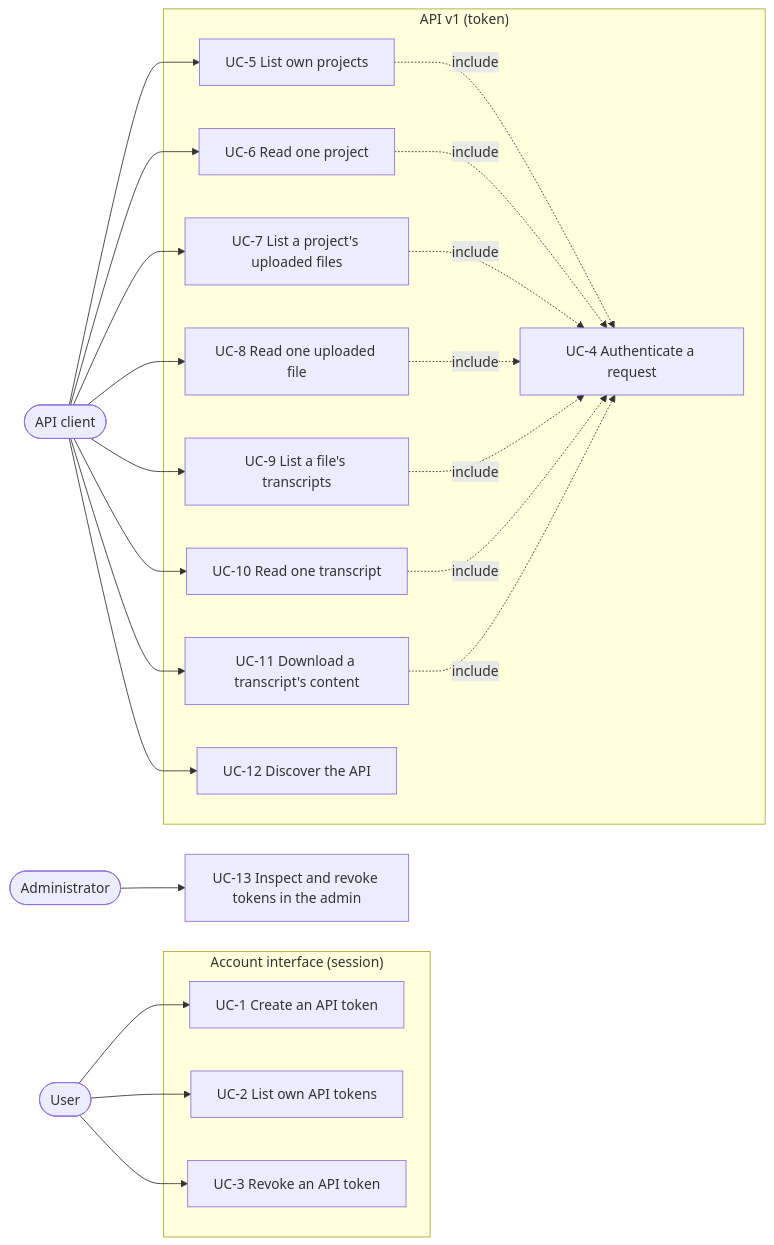
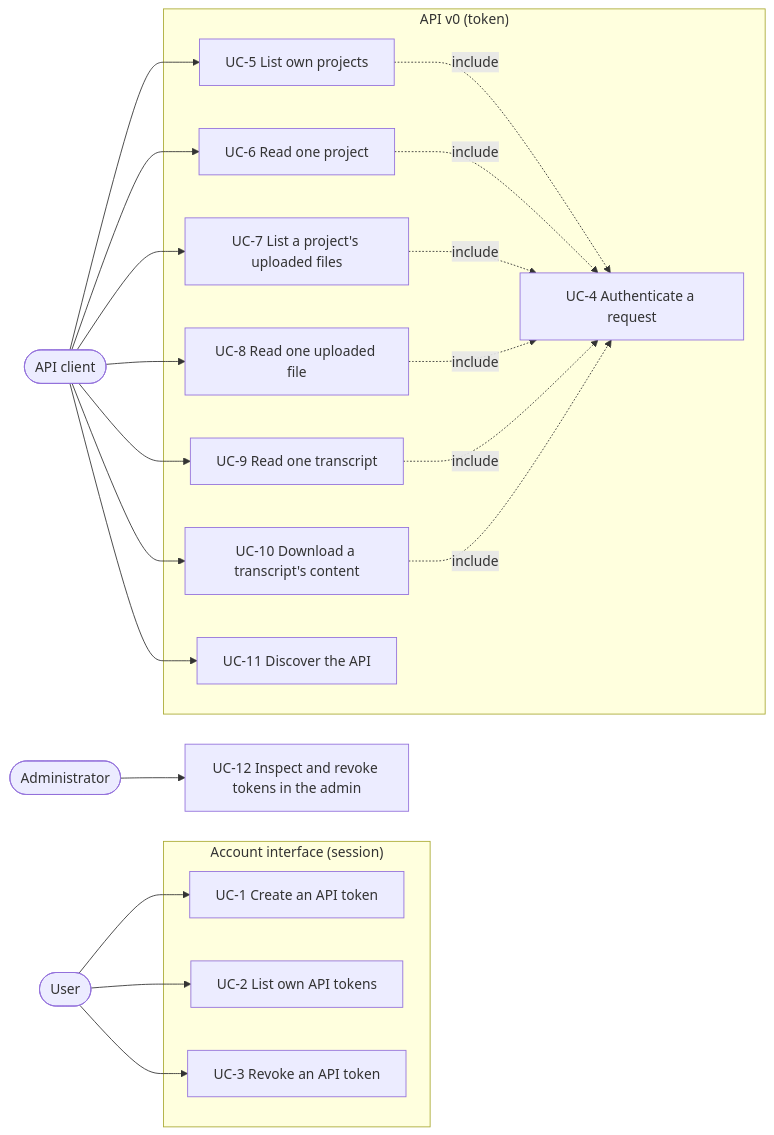
One commit to asr4memory/mmt-py changed the first of 2 diagrams in specs/2026-07-30-read-only-api.md. Above: the diagram before and after it, drawn with Mermaid. The commit also changed other lines of this file and 1 other file, not shown here.

Commit message:
Revise the read-only API spec: v0 beta, embedded transcripts

````diff
--- a/specs/2026-07-30-read-only-api.md
+++ b/specs/2026-07-30-read-only-api.md
@@ -94,48 +91,45 @@
 ```mermaid
 flowchart LR
   user([User])
   client([API client])
   admin([Administrator])
 
   subgraph account["Account interface (session)"]
     uc1[UC-1 Create an API token]
     uc2[UC-2 List own API tokens]
     uc3[UC-3 Revoke an API token]
   end
 
-  subgraph api["API v1 (token)"]
+  subgraph api["API v0 (token)"]
     uc4[UC-4 Authenticate a request]
     uc5[UC-5 List own projects]
     uc6[UC-6 Read one project]
     uc7[UC-7 List a project's uploaded files]
     uc8[UC-8 Read one uploaded file]
-    uc9[UC-9 List a file's transcripts]
-    uc10[UC-10 Read one transcript]
-    uc11[UC-11 Download a transcript's content]
-    uc12[UC-12 Discover the API]
+    uc9[UC-9 Read one transcript]
+    uc10[UC-10 Download a transcript's content]
+    uc11[UC-11 Discover the API]
   end
 
-  uc13[UC-13 Inspect and revoke tokens in the admin]
+  uc12[UC-12 Inspect and revoke tokens in the admin]
 
   user --> uc1
   user --> uc2
   user --> uc3
-  admin --> uc13
+  admin --> uc12
 
   client --> uc5
   client --> uc6
   client --> uc7
   client --> uc8
   client --> uc9
   client --> uc10
   client --> uc11
-  client --> uc12
 
   uc5 -. include .-> uc4
   uc6 -. include .-> uc4
   uc7 -. include .-> uc4
   uc8 -. include .-> uc4
   uc9 -. include .-> uc4
   uc10 -. include .-> uc4
-  uc11 -. include .-> uc4
 ```
````
